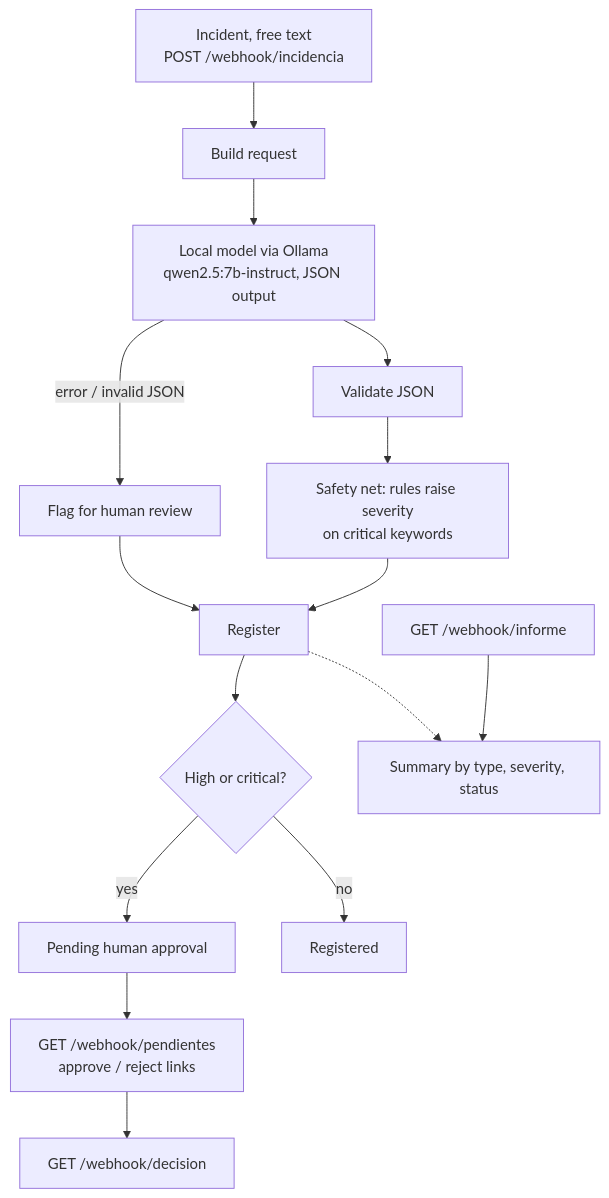
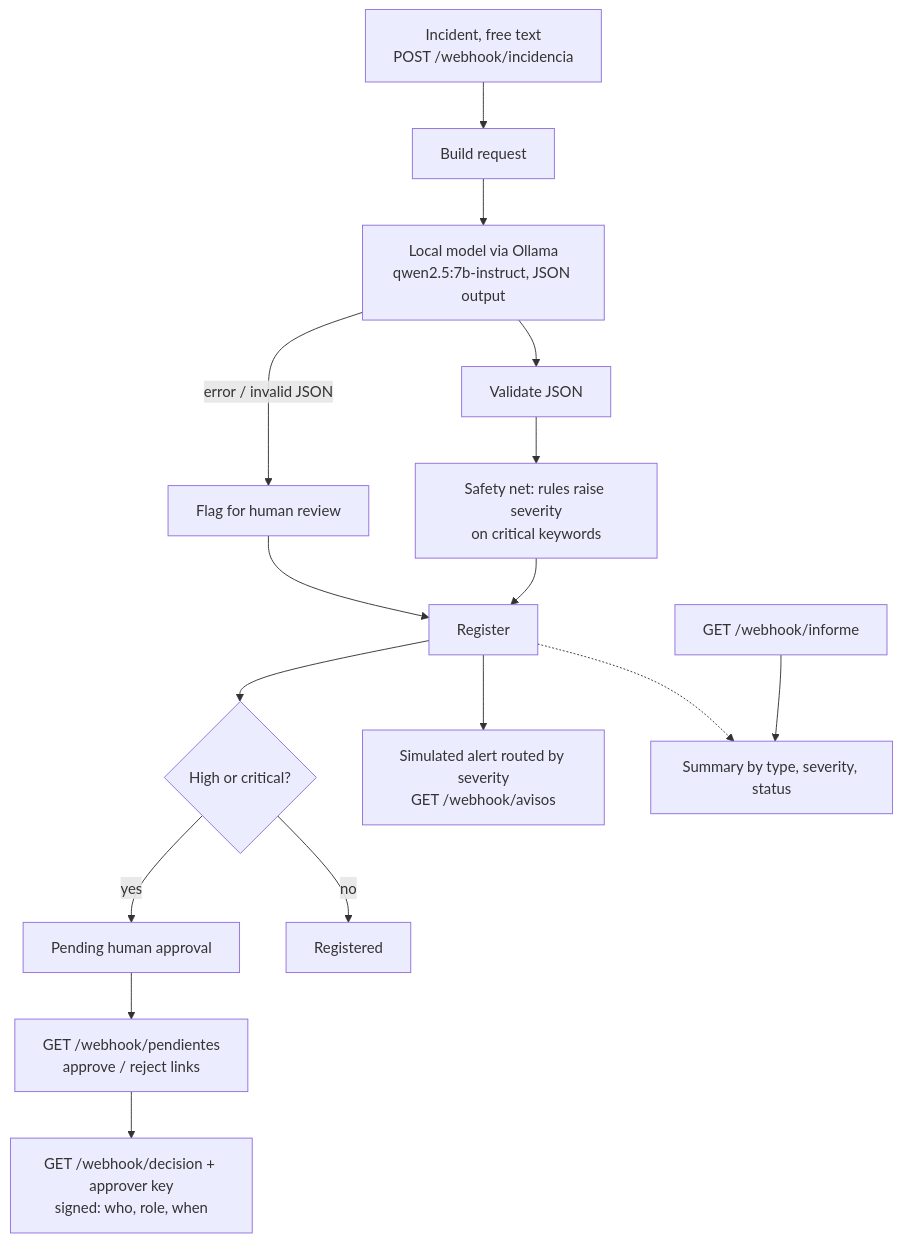
One commit to aitoolsforpt/ramp-ops-assistant changed the diagram in README.md. Above: the diagram before and after it, drawn with Mermaid. The commit also changed other lines of this file and 3 other files, not shown here.

Commit message:
Signed approvals (approver key, who/role/when), README updated with panel, alerts and honest access limits

````diff
--- a/README.md
+++ b/README.md
@@ -19,17 +20,18 @@
 ```mermaid
 flowchart TD
     A[Incident, free text<br/>POST /webhook/incidencia] --> B[Build request]
     B --> C[Local model via Ollama<br/>qwen2.5:7b-instruct, JSON output]
     C -->|error / invalid JSON| R[Flag for human review]
     C --> D[Validate JSON]
     D --> E[Safety net: rules raise severity<br/>on critical keywords]
     E --> F[Register]
     R --> F
     F --> G{High or critical?}
+    F --> N[Simulated alert routed by severity<br/>GET /webhook/avisos]
     G -->|yes| H[Pending human approval]
     H --> L[GET /webhook/pendientes<br/>approve / reject links]
-    L --> M[GET /webhook/decision]
+    L --> M[GET /webhook/decision + approver key<br/>signed: who, role, when]
     G -->|no| I[Registered]
     J[GET /webhook/informe] --> K[Summary by type, severity, status]
     F -.-> K
 ```
````
